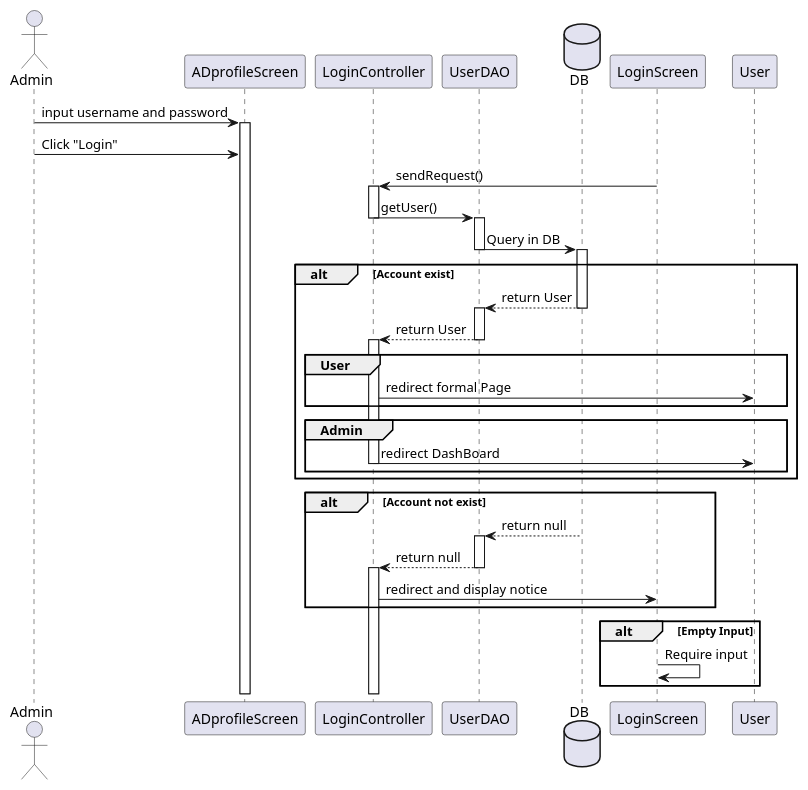
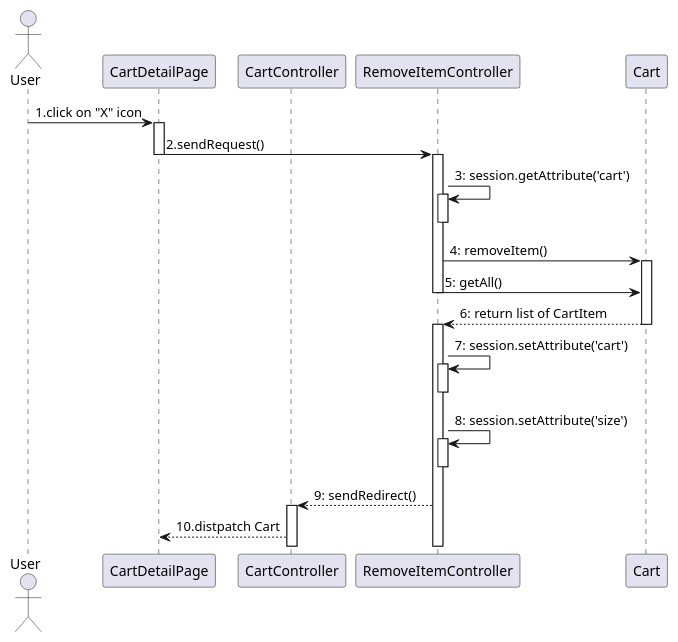
The diagram in Seuqence/te3.puml (baspdd/desktop-tutorial), drawn with PlantUML before and after one commit. The commit also changed 139 other files, not shown here.

```diff
--- a/Seuqence/te3.puml
+++ b/Seuqence/te3.puml
@@ -1,40 +1,20 @@
 @startuml
 
-actor       Admin
-participant ADprofileScreen
-participant LoginController
-participant UserDAO
-database DB
+actor       User
+participant CartDetailPage
+participant CartController
+participant RemoveItemController
+participant Cart
 
-Admin -> ADprofileScreen  ++: input username and password
-Admin -> ADprofileScreen : Click "Login"
-LoginScreen -> LoginController --++: sendRequest()
-
-LoginController -> UserDAO --++ :getUser()
-
-UserDAO -> DB --++ : Query in DB
-
-alt Account exist
-    DB --> UserDAO --++: return User
-    UserDAO --> LoginController --++: return User
-    group User
-        LoginController -> User : redirect formal Page
-    end
-    group Admin
-        LoginController -> User --: redirect DashBoard
-    end
-end
-alt Account not exist
-    DB --> UserDAO --++: return null
-    UserDAO --> LoginController --++: return null
-    LoginController -> LoginScreen : redirect and display notice 
-end
-
-alt Empty Input
-   LoginScreen -> LoginScreen : Require input
-end
-
-
-
+User -> CartDetailPage  ++: 1.click on "X" icon
+CartDetailPage -> RemoveItemController --++: 2.sendRequest()
+RemoveItemController -> RemoveItemController ++--: 3: session.getAttribute('cart')
+RemoveItemController -> Cart ++: 4: removeItem()
+RemoveItemController -> Cart --: 5: getAll()
+Cart --> RemoveItemController --++: 6: return list of CartItem
+RemoveItemController -> RemoveItemController ++--: 7: session.setAttribute('cart')
+RemoveItemController -> RemoveItemController ++--: 8: session.setAttribute('size')
+RemoveItemController --> CartController ++: 9: sendRedirect()
+CartController --> CartDetailPage : 10.distpatch Cart
 
 @enduml
```
